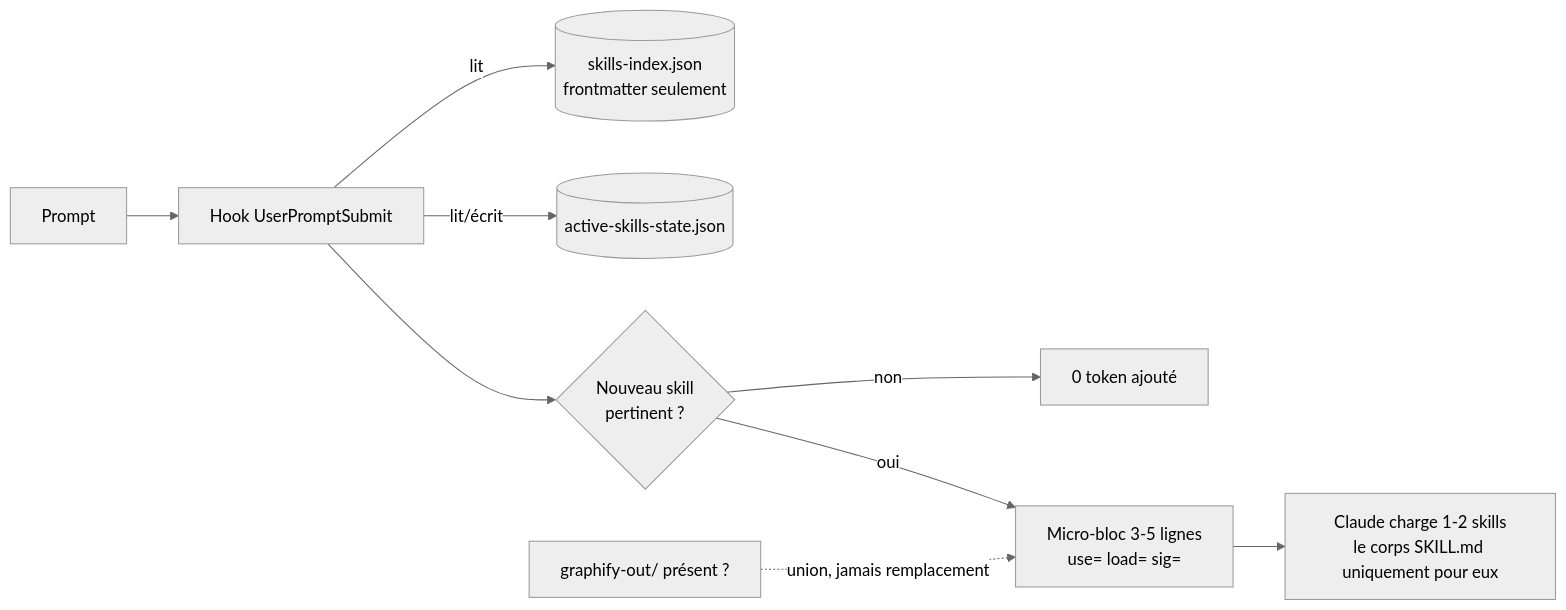
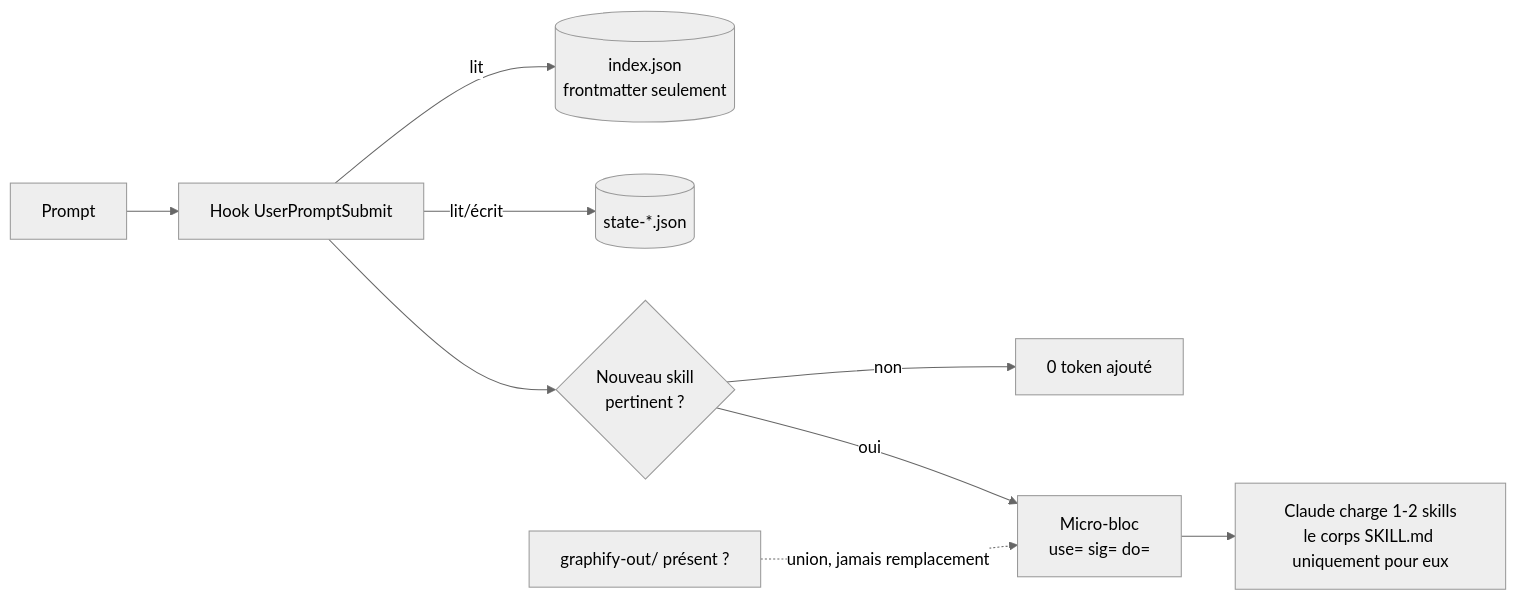
Before and after one commit to isma212m/skills-auto-use-best-skills: the first of 2 diagrams in README.md, drawn with Mermaid (neutral theme). The commit also changed other lines of this file and 4 other files, not shown here.

````diff
--- a/README.md
+++ b/README.md
@@ -27,11 +30,11 @@
 ```mermaid
 flowchart LR
   P[Prompt] --> H[Hook UserPromptSubmit]
-  H -->|lit| I[(skills-index.json<br/>frontmatter seulement)]
-  H -->|lit/écrit| S[(active-skills-state.json)]
+  H -->|lit| I[(index.json<br/>frontmatter seulement)]
+  H -->|lit/écrit| S[(state-*.json)]
   H --> R{Nouveau skill<br/>pertinent ?}
   R -- non --> Z[0 token ajouté]
-  R -- oui --> B[Micro-bloc 3-5 lignes<br/>use= load= sig=]
+  R -- oui --> B[Micro-bloc<br/>use= sig= do=]
   B --> C[Claude charge 1-2 skills<br/>le corps SKILL.md uniquement pour eux]
   G[graphify-out/ présent ?] -. union, jamais remplacement .-> B
 ```
````
